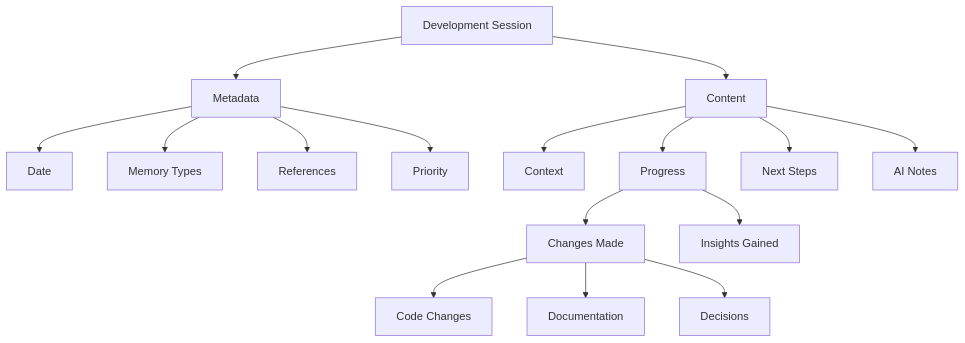
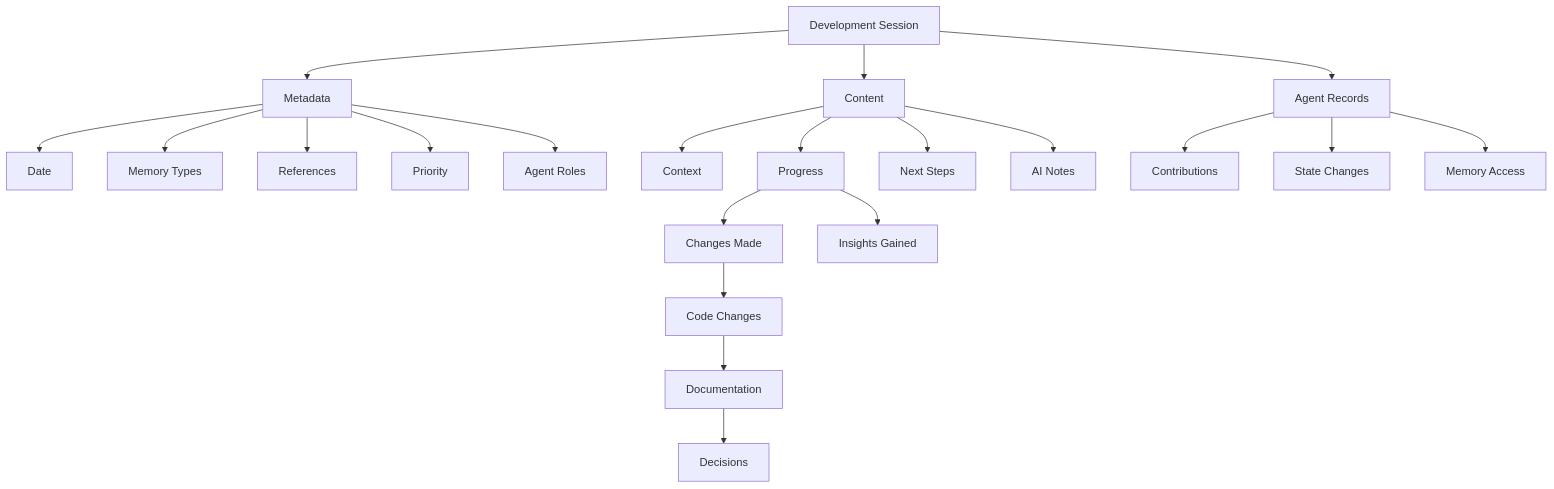
One commit to FixingPixels/Aegis changed the diagram in docs/sessions.md. Above: the diagram before and after it, drawn with Mermaid. The commit also changed other lines of this file and 19 other files, not shown here.

````diff
--- a/docs/sessions.md
+++ b/docs/sessions.md
@@ -7,22 +7,28 @@
 ```mermaid
 graph TD
     A[Development Session] --> B[Metadata]
     A --> C[Content]
+    A --> D[Agent Records]
     
     B --> B1[Date]
     B --> B2[Memory Types]
     B --> B3[References]
     B --> B4[Priority]
+    B --> B5[Agent Roles]
     
     C --> C1[Context]
     C --> C2[Progress]
     C --> C3[Next Steps]
     C --> C4[AI Notes]
     
-    C2 --> D1[Changes Made]
-    C2 --> D2[Insights Gained]
+    D --> D1[Contributions]
+    D --> D2[State Changes]
+    D --> D3[Memory Access]
     
-    D1 --> E1[Code Changes]
-    D1 --> E2[Documentation]
-    D1 --> E3[Decisions]
+    C2 --> E1[Changes Made]
+    C2 --> E2[Insights Gained]
+    
+    E1 --> F1[Code Changes]
+    F1 --> F2[Documentation]
+    F2 --> F3[Decisions]
 ```
````
